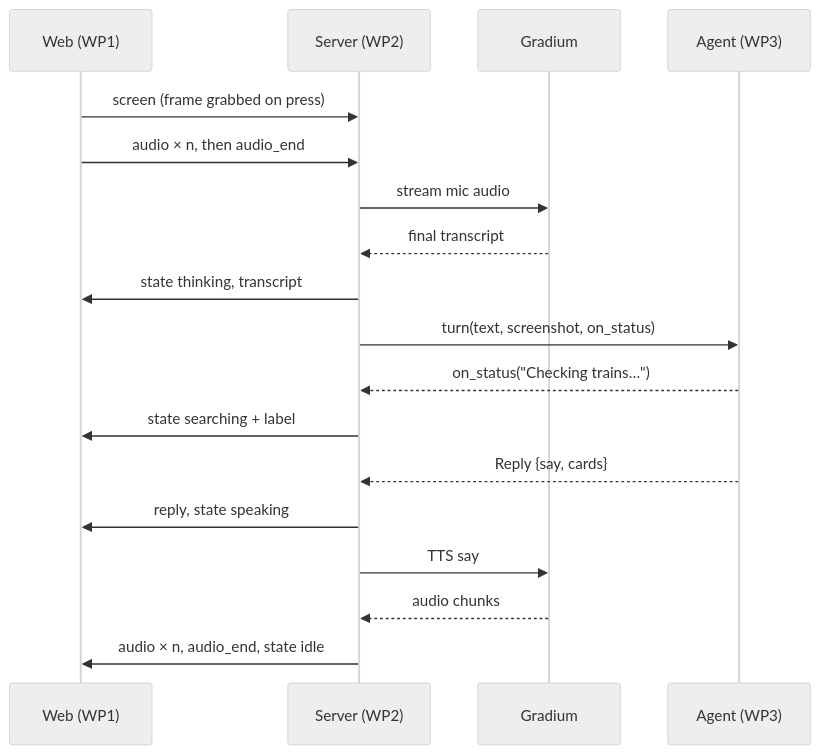
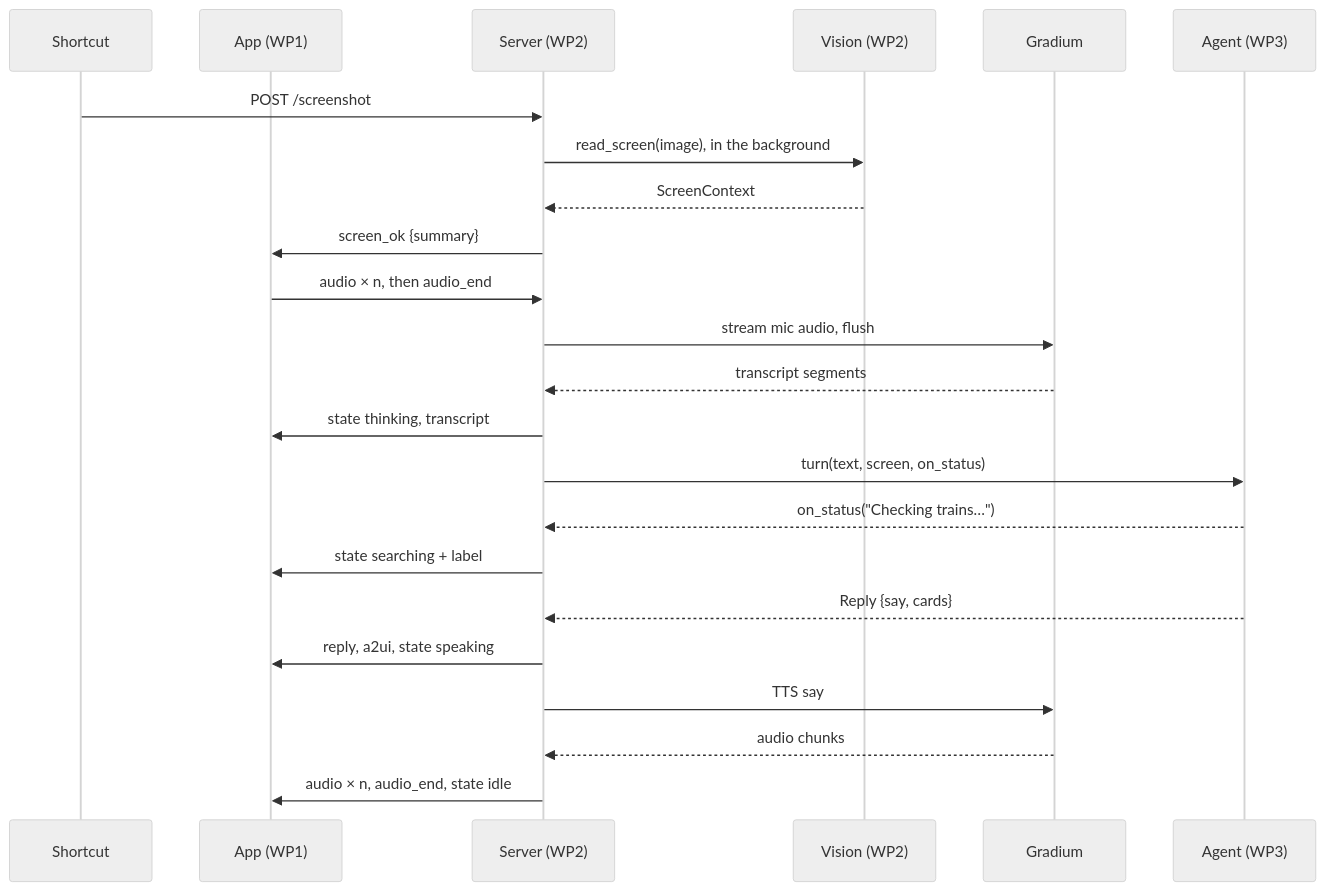
The diagram in docs/contracts.md (Orb-agent/micro-intent), drawn with Mermaid (neutral theme) before and after one commit. The commit also changed other lines of this file and 1 other file, not shown here.

First line of the commit message:
docs: switch client to SwiftUI with a2ui-swift, split voice+vision from agent harness

````diff
--- a/docs/contracts.md
+++ b/docs/contracts.md
@@ -28,20 +30,25 @@
 ```mermaid
 sequenceDiagram
-  participant W as Web (WP1)
+  participant SC as Shortcut
+  participant App as App (WP1)
   participant S as Server (WP2)
+  participant V as Vision (WP2)
   participant G as Gradium
   participant A as Agent (WP3)
-  W->>S: screen (frame grabbed on press)
-  W->>S: audio × n, then audio_end
-  S->>G: stream mic audio
-  G-->>S: final transcript
-  S->>W: state thinking, transcript
-  S->>A: turn(text, screenshot, on_status)
+  SC->>S: POST /screenshot
+  S->>V: read_screen(image), in the background
+  V-->>S: ScreenContext
+  S->>App: screen_ok {summary}
+  App->>S: audio × n, then audio_end
+  S->>G: stream mic audio, flush
+  G-->>S: transcript segments
+  S->>App: state thinking, transcript
+  S->>A: turn(text, screen, on_status)
   A-->>S: on_status("Checking trains…")
-  S->>W: state searching + label
+  S->>App: state searching + label
   A-->>S: Reply {say, cards}
-  S->>W: reply, state speaking
+  S->>App: reply, a2ui, state speaking
   S->>G: TTS say
   G-->>S: audio chunks
-  S->>W: audio × n, audio_end, state idle
+  S->>App: audio × n, audio_end, state idle
 ```
````
